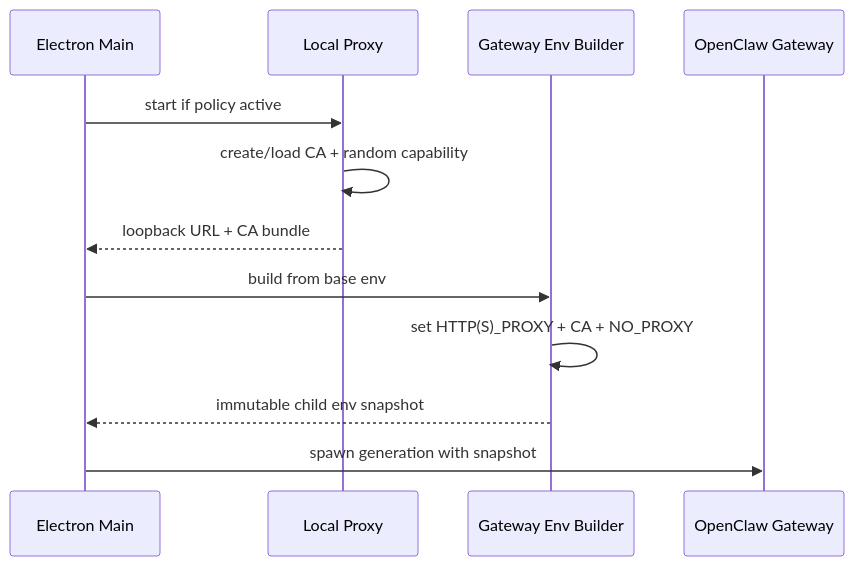
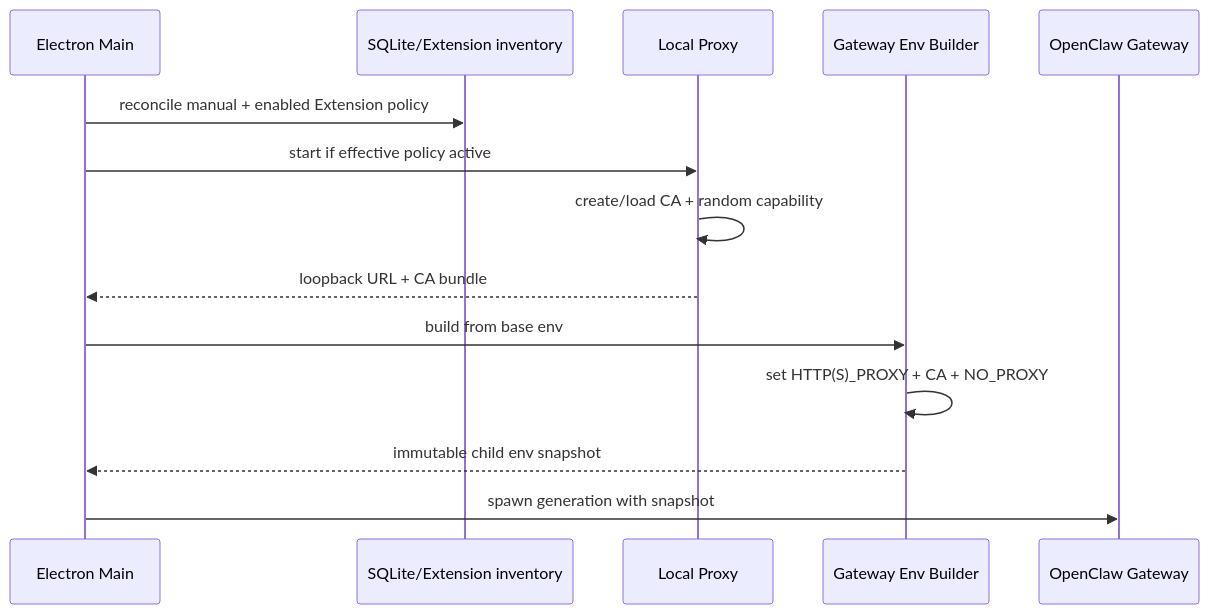
The diagram in docs/features/outbound-header-proxy-analysis-and-redesign.md (DuruoYusdy/JustDo), drawn with Mermaid before and after one commit. The commit also changed other lines of this file and 30 other files, not shown here.

````diff
--- a/docs/features/outbound-header-proxy-analysis-and-redesign.md
+++ b/docs/features/outbound-header-proxy-analysis-and-redesign.md
@@ -56,15 +59,17 @@
 ```mermaid
 sequenceDiagram
   participant M as Electron Main
+  participant D as SQLite/Extension inventory
   participant P as Local Proxy
   participant E as Gateway Env Builder
   participant G as OpenClaw Gateway
 
-  M->>P: start if policy active
+  M->>D: reconcile manual + enabled Extension policy
+  M->>P: start if effective policy active
   P->>P: create/load CA + random capability
   P-->>M: loopback URL + CA bundle
   M->>E: build from base env
   E->>E: set HTTP(S)_PROXY + CA + NO_PROXY
   E-->>M: immutable child env snapshot
   M->>G: spawn generation with snapshot
 ```
````
